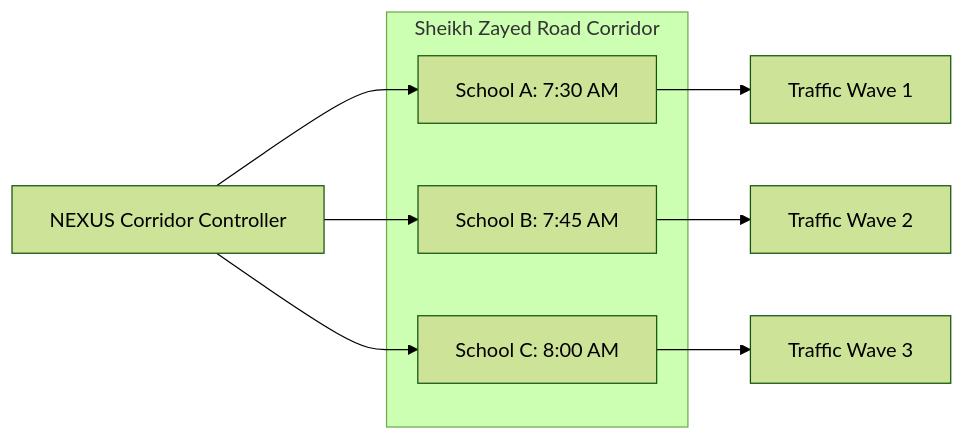
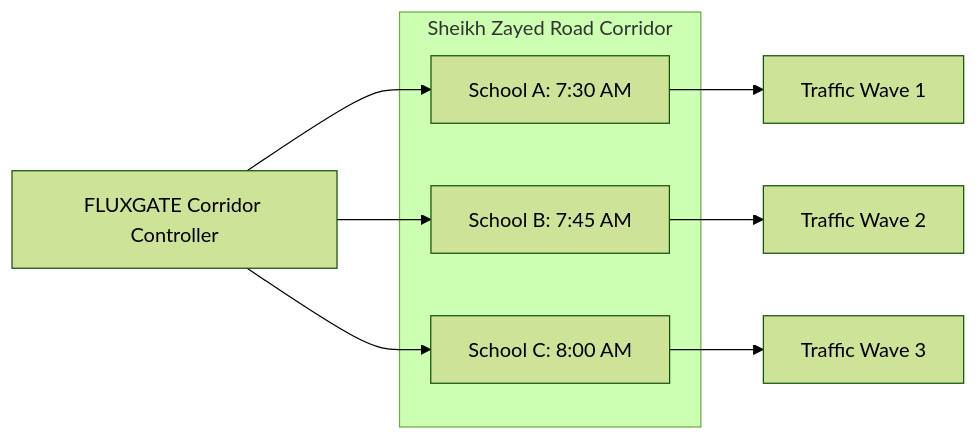
Before and after one commit to HyperionBurn/nexus-command-center: the first of 2 diagrams in RTA_NEXUS_Roadmap.md, drawn with Mermaid (forest theme). The commit also changed other lines of this file and 56 other files, not shown here.

Commit message:
Rebrand: NEXUS -> FLUXGATE across entire codebase

````diff
--- a/RTA_NEXUS_Roadmap.md
+++ b/RTA_NEXUS_Roadmap.md
@@ -32,16 +32,16 @@
 ```mermaid
 flowchart LR
     subgraph Corridor ["Sheikh Zayed Road Corridor"]
         S1[School A: 7:30 AM]
         S2[School B: 7:45 AM]
         S3[School C: 8:00 AM]
     end
     
-    NEXUS[NEXUS Corridor Controller] --> S1
-    NEXUS --> S2
-    NEXUS --> S3
+    FLUXGATE[FLUXGATE Corridor Controller] --> S1
+    FLUXGATE --> S2
+    FLUXGATE --> S3
     
     S1 --> WAVE1[Traffic Wave 1]
     S2 --> WAVE2[Traffic Wave 2]
     S3 --> WAVE3[Traffic Wave 3]
 ```
````
